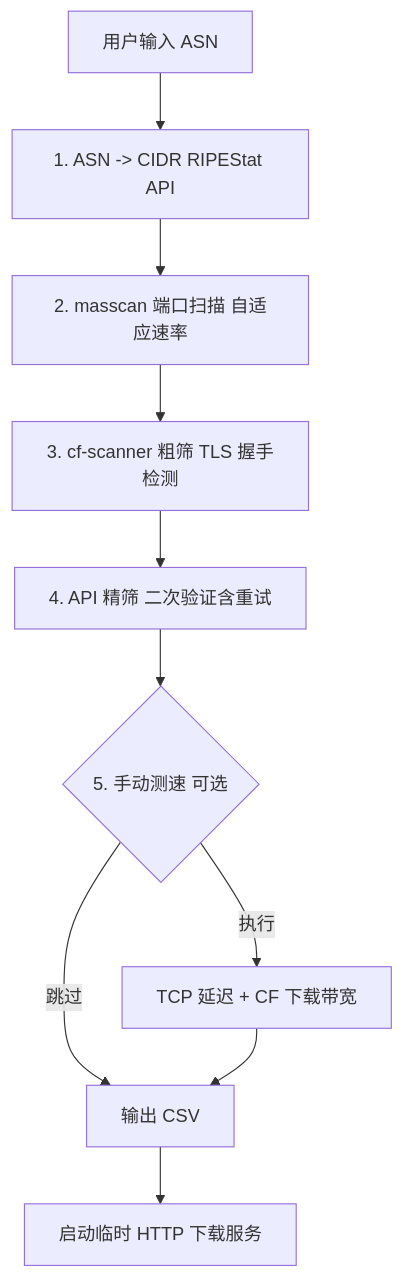
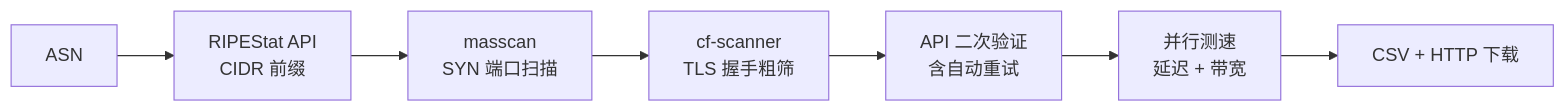
The diagram in README.md (xiaoqian-1001/IP-Tidy), drawn with Mermaid before and after one commit. The commit also changed other lines of this file, not shown here.

````diff
--- a/README.md
+++ b/README.md
@@ -121,12 +32,9 @@
 ```mermaid
-graph TD
-    A["用户输入 ASN"] --> B["1. ASN -> CIDR RIPEStat API"]
-    B --> C["2. masscan 端口扫描 自适应速率"]
-    C --> D["3. cf-scanner 粗筛 TLS 握手检测"]
-    D --> E["4. API 精筛 二次验证含重试"]
-    E --> F{"5. 手动测速 可选"}
-    F -->|跳过| G["输出 CSV"]
-    F -->|执行| H["TCP 延迟 + CF 下载带宽"]
-    H --> G
-    G --> I["启动临时 HTTP 下载服务"]
+graph LR
+    A["ASN"] --> B["RIPEStat API<br/>CIDR 前缀"]
+    B --> C["masscan<br/>SYN 端口扫描"]
+    C --> D["cf-scanner<br/>TLS 握手粗筛"]
+    D --> E["API 二次验证<br/>含自动重试"]
+    E --> F["并行测速<br/>延迟 + 带宽"]
+    F --> G["CSV + HTTP 下载"]
 ```
````
